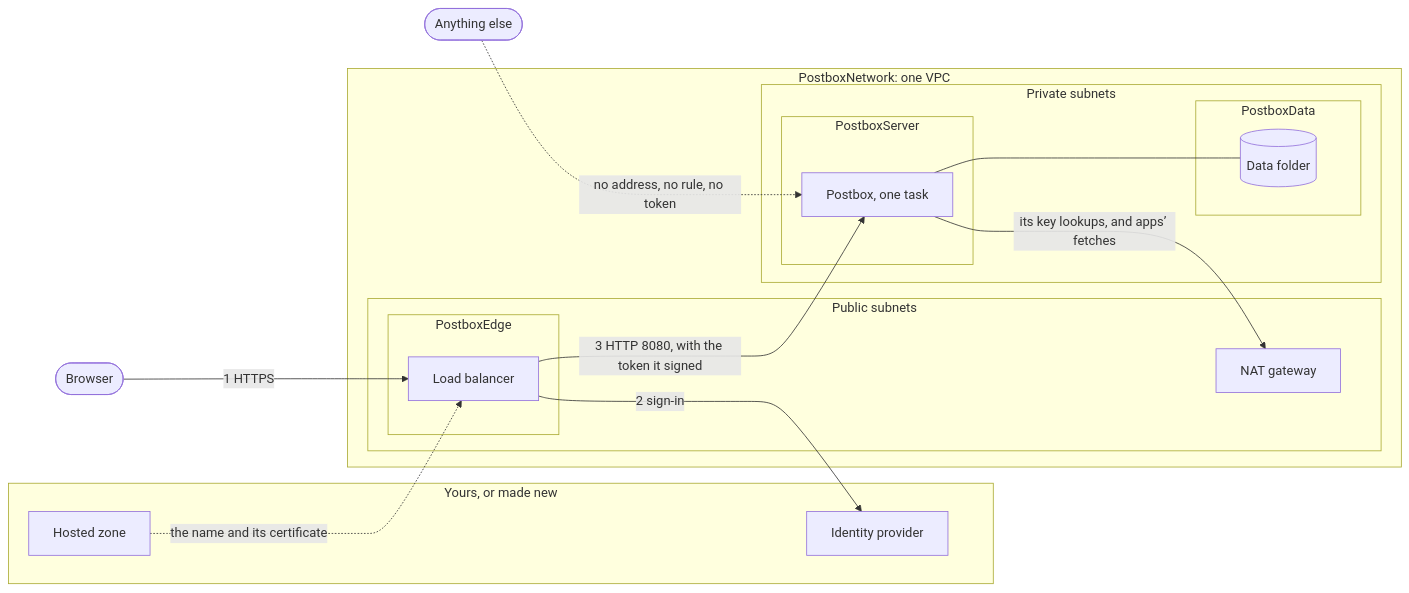
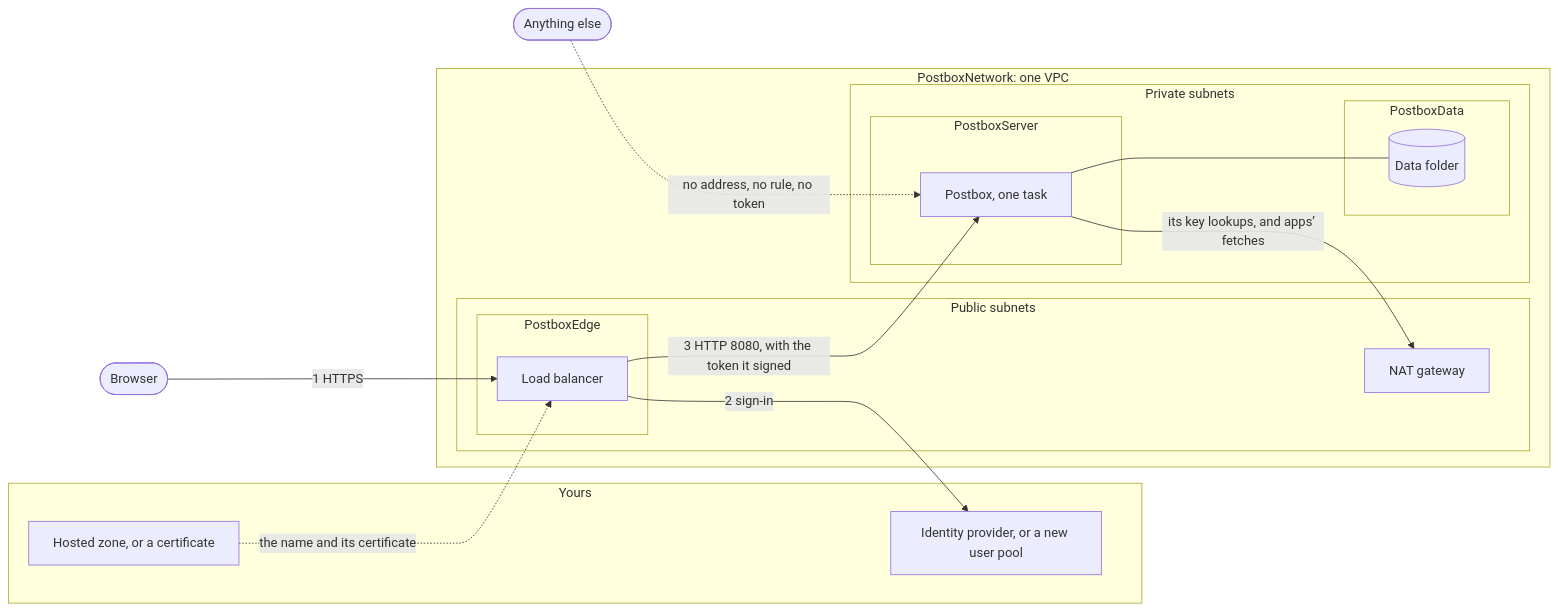
The first of 2 diagrams in infra/README.md (HJeon139/postbox), drawn with Mermaid before and after one commit. The commit also changed other lines of this file and 1 other file, not shown here.

Commit message:
docs(hosted): fix a dangling question, the NAT row, the yours box and where the SSH key sits
The test deployment pointed to an open question, “ECS or a Kubernetes
cluster”, that the document no longer has; it now names “What runs an
agent host”. The NAT gateway row left out AWS, ssh and the disk's port,
and put the rule on the gateway rather than the server's security group.
The diagram's “Yours, or made new” box drew the made-new parts as the
person's own. And the server's SSH key sits beside the data folder, not
in it.

Integrator fix for #1948's review.

````diff
--- a/infra/README.md
+++ b/infra/README.md
@@ -11,31 +11,31 @@
 ```mermaid
 flowchart LR
   B([Browser])
-  subgraph yours [Yours, or made new]
-    Z[Hosted zone]
-    I[Identity provider]
+  subgraph yours [Yours]
+    Z[Hosted zone, or a certificate]
+    I[Identity provider, or a new user pool]
   end
   subgraph net [PostboxNetwork: one VPC]
     subgraph public [Public subnets]
       subgraph edge [PostboxEdge]
         LB[Load balancer]
       end
       N[NAT gateway]
     end
     subgraph private [Private subnets]
       subgraph server [PostboxServer]
         S[Postbox, one task]
       end
       subgraph data [PostboxData]
         D[(Data folder)]
       end
     end
   end
   Z -. "the name and its certificate" .-> LB
   B -->|"1 HTTPS"| LB
   LB -->|"2 sign-in"| I
   LB -->|"3 HTTP 8080, with the token it signed"| S
   S --- D
   S -->|"its key lookups, and apps’ fetches"| N
   X([Anything else]) -. "no address, no rule, no token" .-> S
 ```
````
